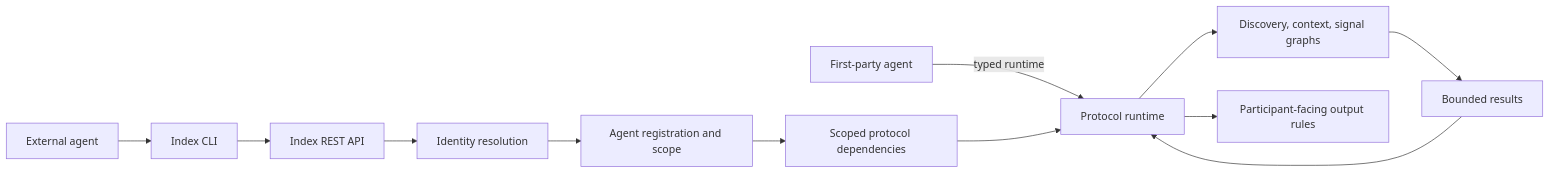
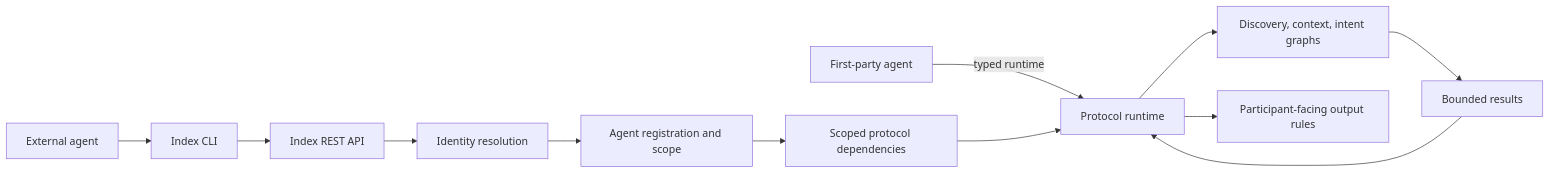
One commit to indexnetwork/index changed the sixth of 6 diagrams in packages/protocol/README.md. Above: the diagram before and after it, drawn with Mermaid. The commit also changed other lines of this file and 199 other files, not shown here.

Commit message:
Rename signal to intent everywhere, with a migration for stored onboarding and opportunity interpretation data.

````diff
--- a/packages/protocol/README.md
+++ b/packages/protocol/README.md
@@ -391,16 +391,16 @@
 ```mermaid
 flowchart LR
     ExternalAgent[External agent] --> CLI[Index CLI]
     CLI --> HTTP[Index REST API]
     FirstPartyAgent[First-party agent] -->|typed runtime| Runtime[Protocol runtime]
 
     HTTP --> Identity[Identity resolution]
     Identity --> AgentGate[Agent registration and scope]
     AgentGate --> ScopedDeps[Scoped protocol dependencies]
     ScopedDeps --> Runtime
 
-    Runtime --> Graphs[Discovery, context, signal graphs]
+    Runtime --> Graphs[Discovery, context, intent graphs]
     Graphs --> Results[Bounded results]
     Results --> Runtime
     Runtime --> ParticipantOutput[Participant-facing output rules]
 ```
````
